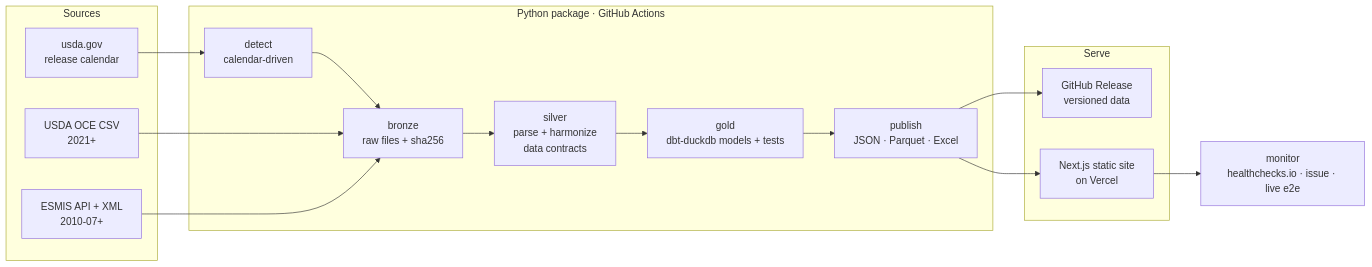
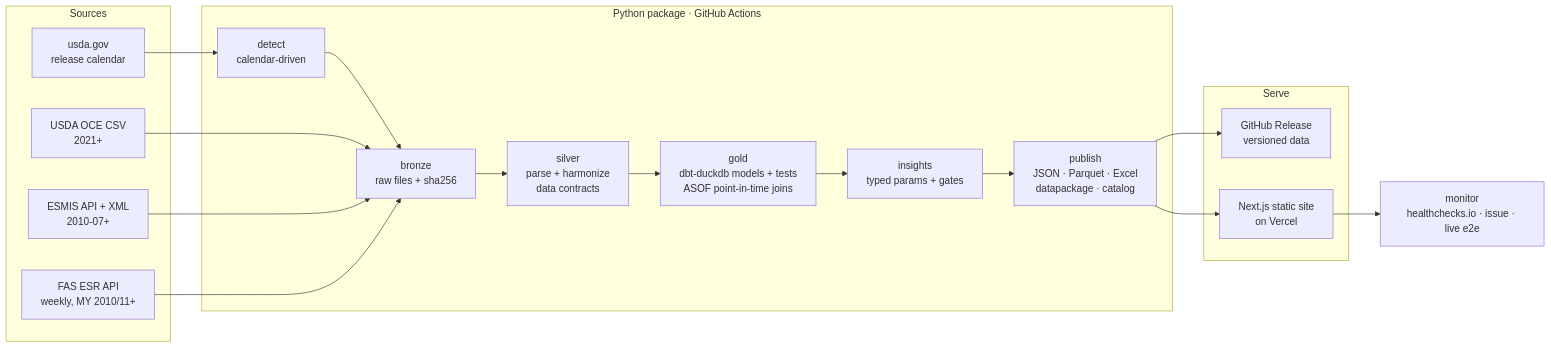
Before and after one commit to rossi-diego/wasde-monthly-report: the diagram in README.md, drawn with Mermaid. The commit also changed other lines of this file and 4 other files, not shown here.

First line of the commit message:
ci(release): Thursday ESR detection, fast gate, weekly prereleases; docs

````diff
--- a/README.md
+++ b/README.md
@@ -43,25 +55,28 @@
 ```mermaid
 flowchart LR
     subgraph Sources
         A[USDA OCE CSV<br/>2021+]
         B[ESMIS API + XML<br/>2010-07+]
         C[usda.gov<br/>release calendar]
+        X[FAS ESR API<br/>weekly, MY 2010/11+]
     end
     subgraph Pipeline["Python package · GitHub Actions"]
         D[detect<br/>calendar-driven]
         E[bronze<br/>raw files + sha256]
         F[silver<br/>parse + harmonize<br/>data contracts]
-        G[gold<br/>dbt-duckdb models + tests]
-        H[publish<br/>JSON · Parquet · Excel]
+        G[gold<br/>dbt-duckdb models + tests<br/>ASOF point-in-time joins]
+        N[insights<br/>typed params + gates]
+        H[publish<br/>JSON · Parquet · Excel<br/>datapackage · catalog]
     end
     subgraph Serve
         I[GitHub Release<br/>versioned data]
         J[Next.js static site<br/>on Vercel]
     end
     K[monitor<br/>healthchecks.io · issue · live e2e]
     C --> D --> E
     A --> E
     B --> E
-    E --> F --> G --> H --> I
+    X --> E
+    E --> F --> G --> N --> H --> I
     H --> J --> K
 ```
````
